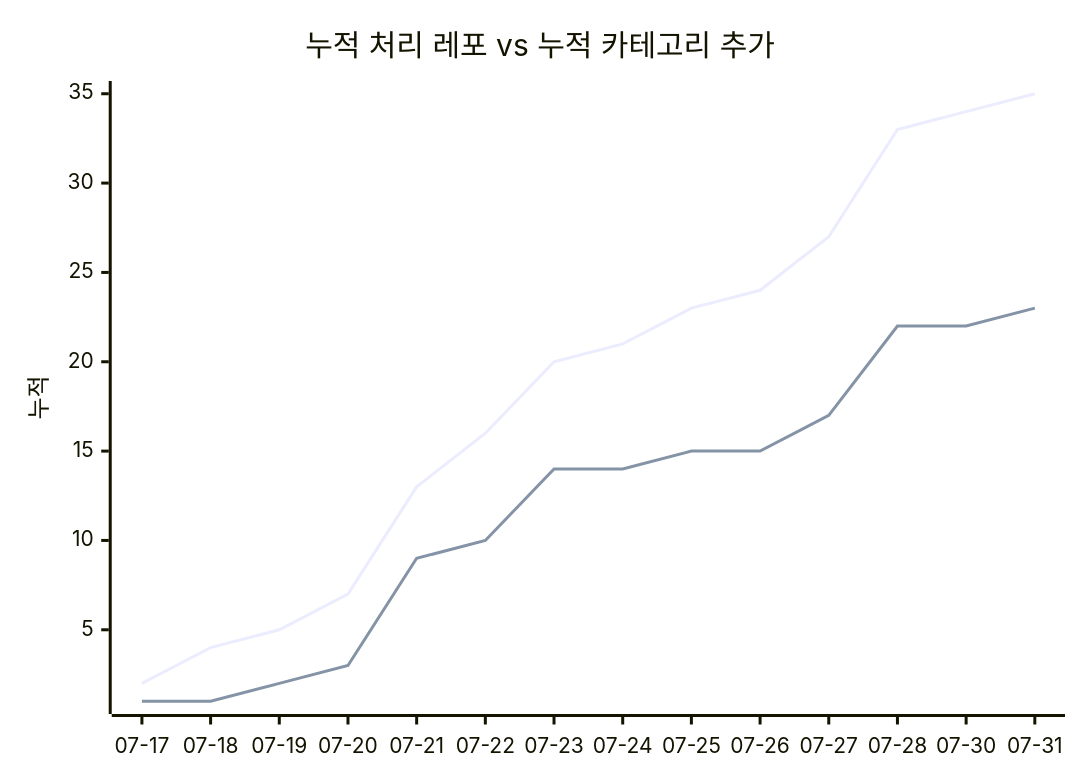
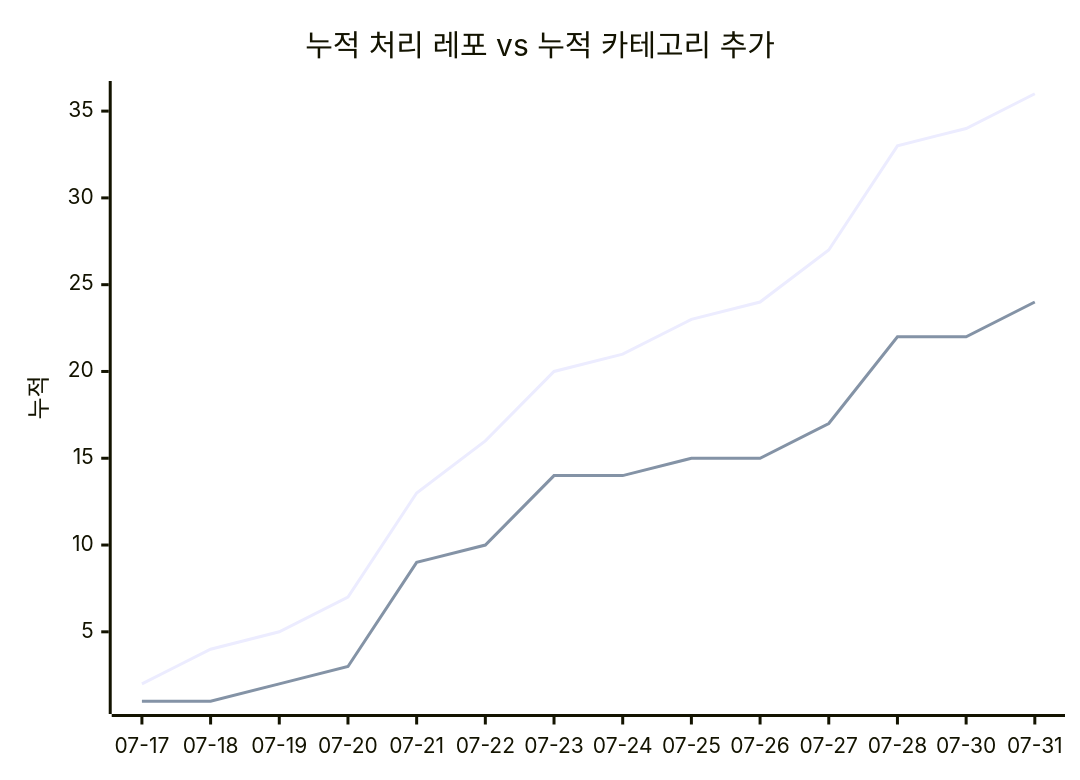
The second of 2 diagrams in docs/trends.md (J-nowcow/awesome-korean-agent-skills), drawn with Mermaid before and after one commit. The commit also changed other lines of this file and 4 other files, not shown here.

````diff
--- a/docs/trends.md
+++ b/docs/trends.md
@@ -68,8 +68,8 @@
 ```mermaid
 xychart-beta
     title "누적 처리 레포 vs 누적 카테고리 추가"
     x-axis ["07-17","07-18","07-19","07-20","07-21","07-22","07-23","07-24","07-25","07-26","07-27","07-28","07-30","07-31"]
     y-axis "누적"
-    line [2,4,5,7,13,16,20,21,23,24,27,33,34,35]
-    line [1,1,2,3,9,10,14,14,15,15,17,22,22,23]
+    line [2,4,5,7,13,16,20,21,23,24,27,33,34,36]
+    line [1,1,2,3,9,10,14,14,15,15,17,22,22,24]
 ```
````
